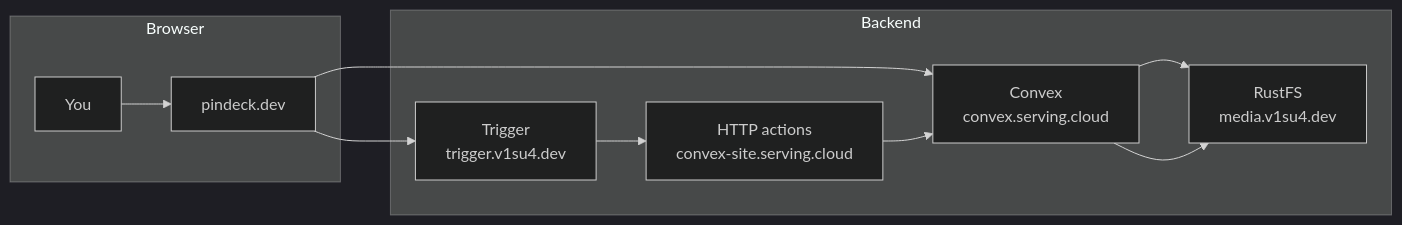
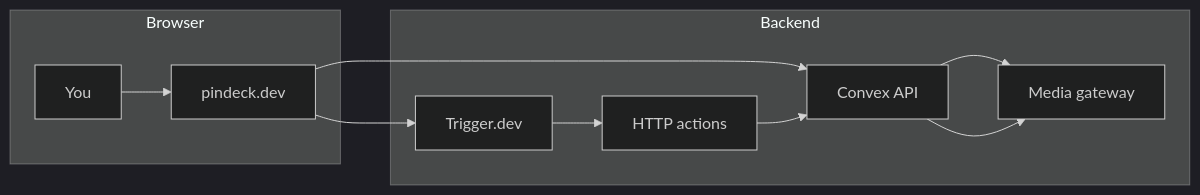
The first of 5 diagrams in docs/guides/architecture-overview.mdx (gordo-v1su4/pindeck), drawn with Mermaid (dark theme) before and after one commit. The commit also changed other lines of this file and 20 other files, not shown here.

````diff
--- a/docs/guides/architecture-overview.mdx
+++ b/docs/guides/architecture-overview.mdx
@@ -16,20 +16,20 @@
 ```mermaid
 flowchart LR
   subgraph client["Browser"]
     U[You]
     FE[pindeck.dev]
   end
   subgraph backend["Backend"]
-    CVX["Convex<br/>convex.serving.cloud"]
-    SITE["HTTP actions<br/>convex-site.serving.cloud"]
-    TRG["Trigger<br/>trigger.v1su4.dev"]
-    RFS["RustFS<br/>media.v1su4.dev"]
+    CVX["Convex API"]
+    SITE["HTTP actions"]
+    TRG["Trigger.dev"]
+    RFS["Media gateway"]
   end
   U --> FE
   FE --> CVX
   CVX --> RFS
   FE --> TRG
   TRG --> SITE
   SITE --> CVX
   CVX --> RFS
 ```
````
